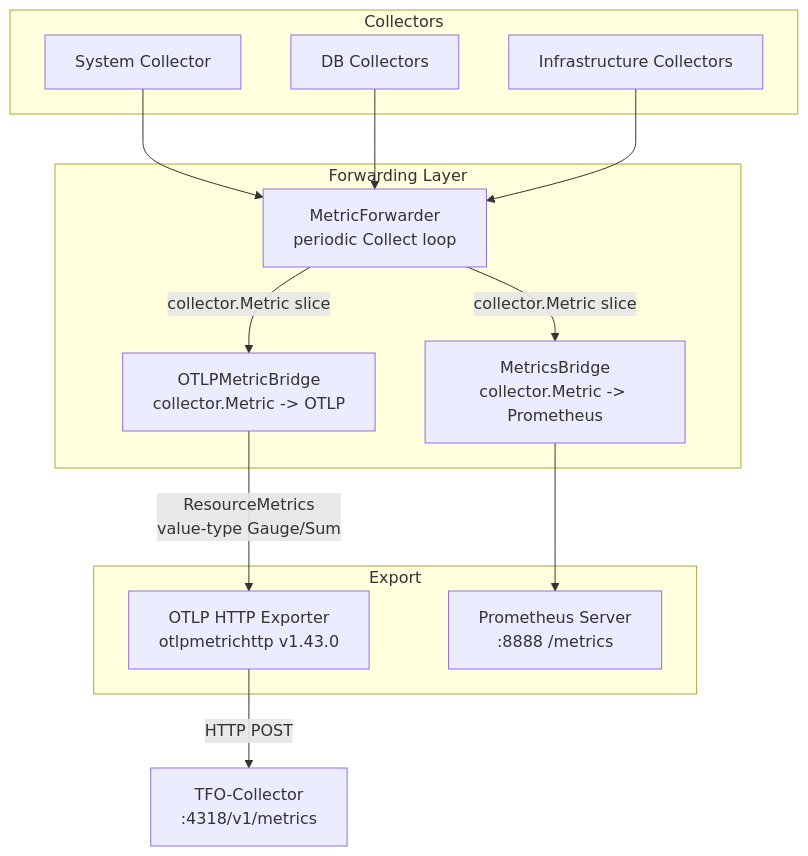
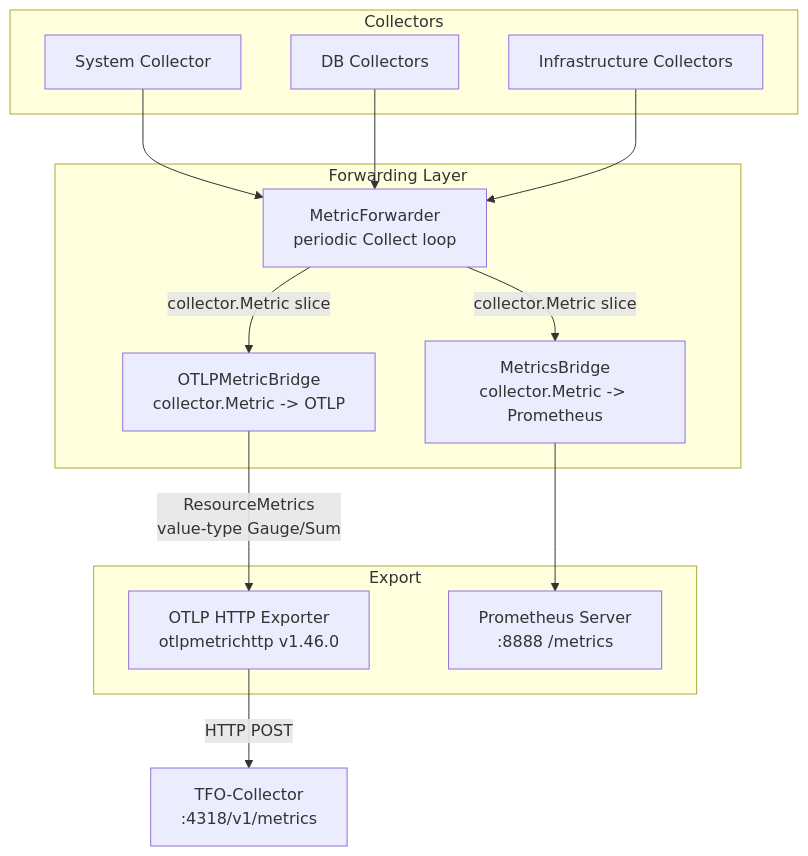
Before and after one commit to telemetryflow/telemetryflow-agent: the tenth of 15 diagrams in docs/ARCHITECTURE.md, drawn with Mermaid. The commit also changed other lines of this file and 1 other file, not shown here.

First line of the commit message:
docs: fix OTEL SDK + OTLP Proto versions to match code (1.46.0 / 1.11.0)

````diff
--- a/docs/ARCHITECTURE.md
+++ b/docs/ARCHITECTURE.md
@@ -410,31 +410,31 @@
 ```mermaid
 graph TB
     subgraph "Collectors"
         SYS[System Collector]
         DB[DB Collectors]
         INFRA[Infrastructure Collectors]
     end
 
     subgraph "Forwarding Layer"
         FWD[MetricForwarder<br/>periodic Collect loop]
         BRIDGE[OTLPMetricBridge<br/>collector.Metric -> OTLP]
         PROM[MetricsBridge<br/>collector.Metric -> Prometheus]
     end
 
     subgraph "Export"
-        OTLP_HTTP[OTLP HTTP Exporter<br/>otlpmetrichttp v1.43.0]
+        OTLP_HTTP[OTLP HTTP Exporter<br/>otlpmetrichttp v1.46.0]
         PROM_SVR[Prometheus Server<br/>:8888 /metrics]
     end
 
     SYS --> FWD
     DB --> FWD
     INFRA --> FWD
 
     FWD -->|collector.Metric slice| BRIDGE
     FWD -->|collector.Metric slice| PROM
 
     BRIDGE -->|ResourceMetrics<br/>value-type Gauge/Sum| OTLP_HTTP
     PROM --> PROM_SVR
 
     OTLP_HTTP -->|HTTP POST| COLLECTOR[TFO-Collector<br/>:4318/v1/metrics]
 ```
````
